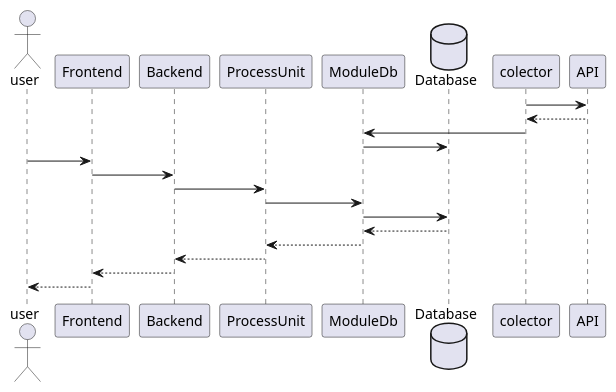
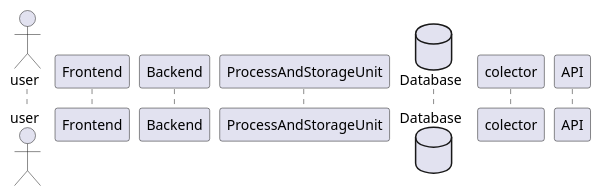
Before and after one commit to INDEN-Intelligo/Design: the first of 3 diagrams in Diagram/DiagramSystem/SequenceSystemDiagramme.puml, drawn with PlantUML. The commit also changed other lines of this file, not shown here.

```diff
--- a/Diagram/DiagramSystem/SequenceSystemDiagramme.puml
+++ b/Diagram/DiagramSystem/SequenceSystemDiagramme.puml
@@ -1,29 +1,9 @@
 @startuml
 actor user as U
 participant Frontend as F
 participant Backend as B
-participant ProcessUnit as P
-participant ModuleDb as M
+participant ProcessAndStorageUnit as P
 database Database as Db
 participant colector as C
 participant API as A
-
-
-C -> A
-A --> C
-C -> M
-M -> Db
-
-
-
-U -> F
-F -> B
-B -> P
-P -> M
-M -> Db
-Db --> M
-M --> P
-P --> B
-B --> F
-F --> U
 @enduml
```
